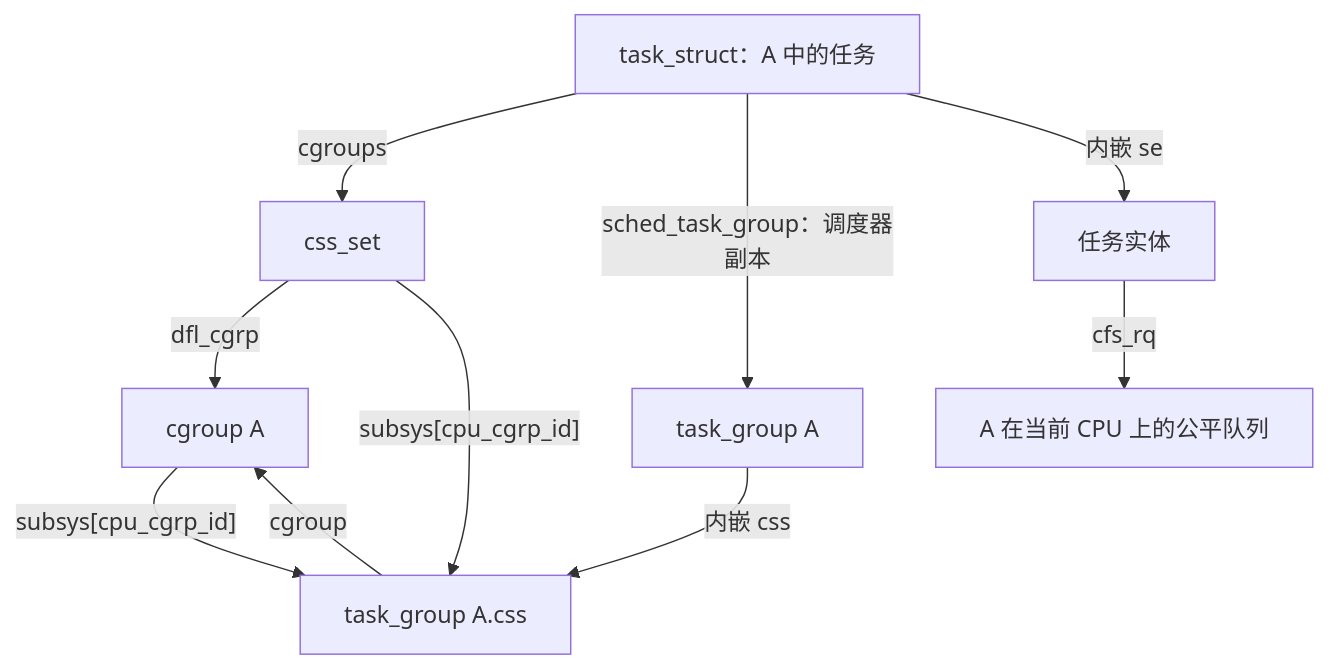
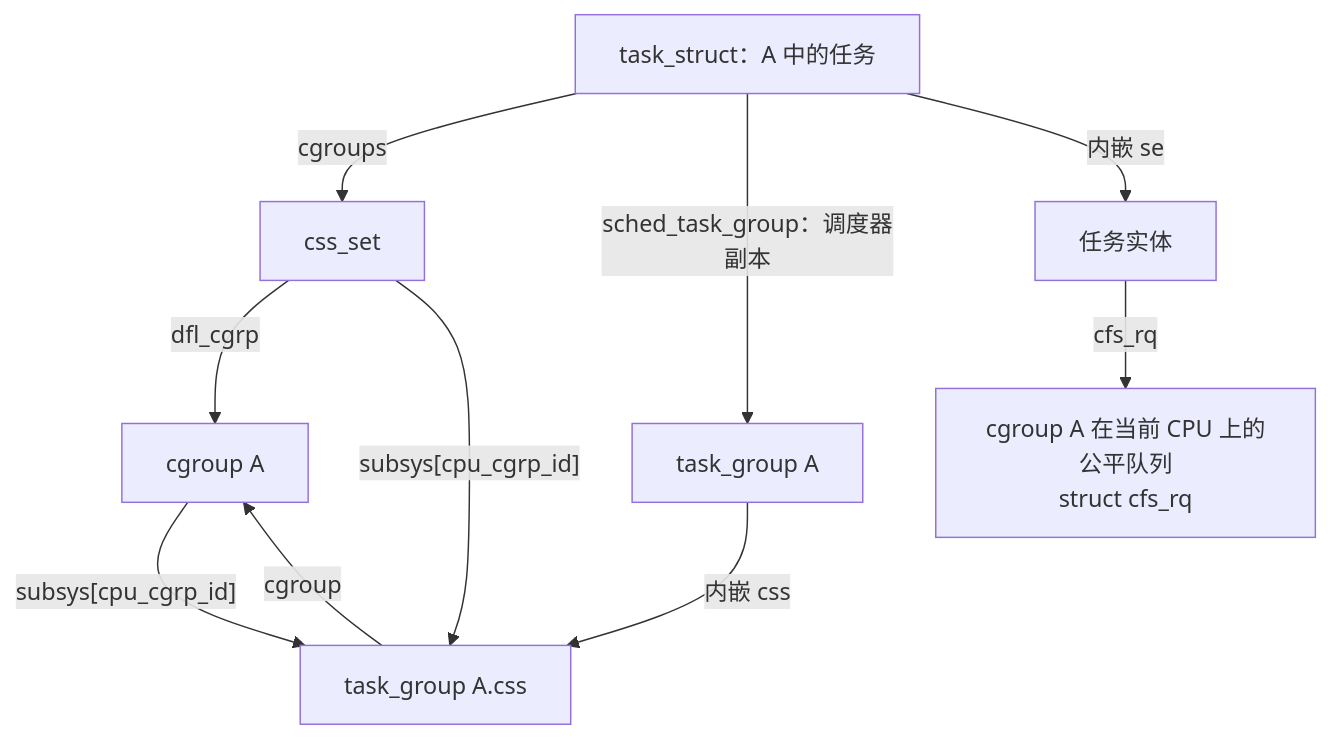
Before and after one commit to linuxperf/linux-study: the seventh of 17 diagrams in interview/sched/cgroup2.md, drawn with Mermaid. The commit also changed other lines of this file and 3 other files, not shown here.

````diff
--- a/interview/sched/cgroup2.md
+++ b/interview/sched/cgroup2.md
@@ -479,12 +481,12 @@
 ```mermaid
 flowchart TD
     TASK["task_struct：A 中的任务"] -->|"cgroups"| SET["css_set"]
     SET -->|"dfl_cgrp"| CG["cgroup A"]
     SET -->|"subsys[cpu_cgrp_id]"| CSS["task_group A.css"]
     CG -->|"subsys[cpu_cgrp_id]"| CSS
     TG["task_group A"] -->|"内嵌 css"| CSS
     CSS -->|"cgroup"| CG
     TASK -->|"sched_task_group：调度器副本"| TG
     TASK -->|"内嵌 se"| SE["任务实体"]
-    SE -->|"cfs_rq"| Q["A 在当前 CPU 上的公平队列"]
+    SE -->|"cfs_rq"| Q["cgroup A 在当前 CPU 上的公平队列<br/>struct cfs_rq"]
 ```
````
